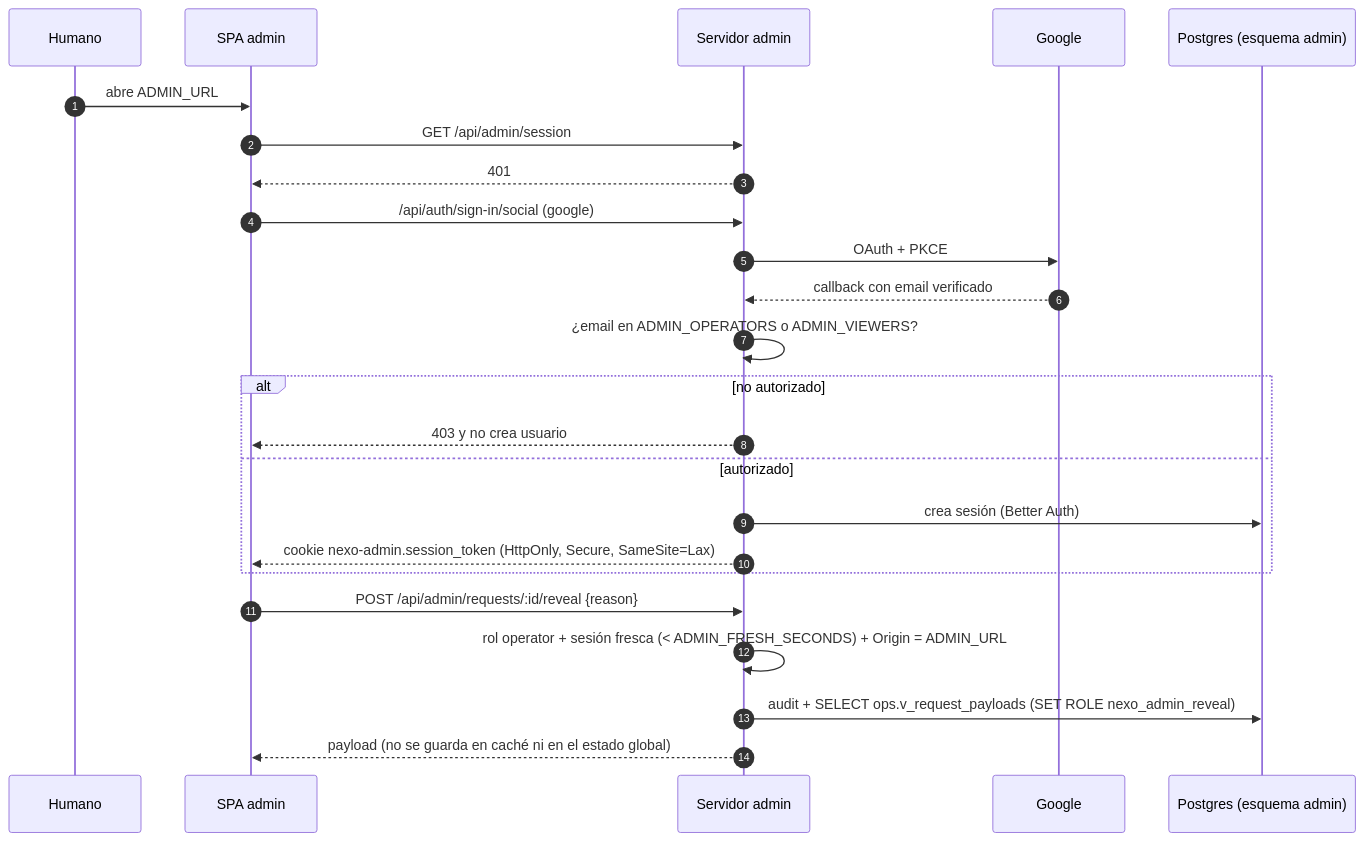
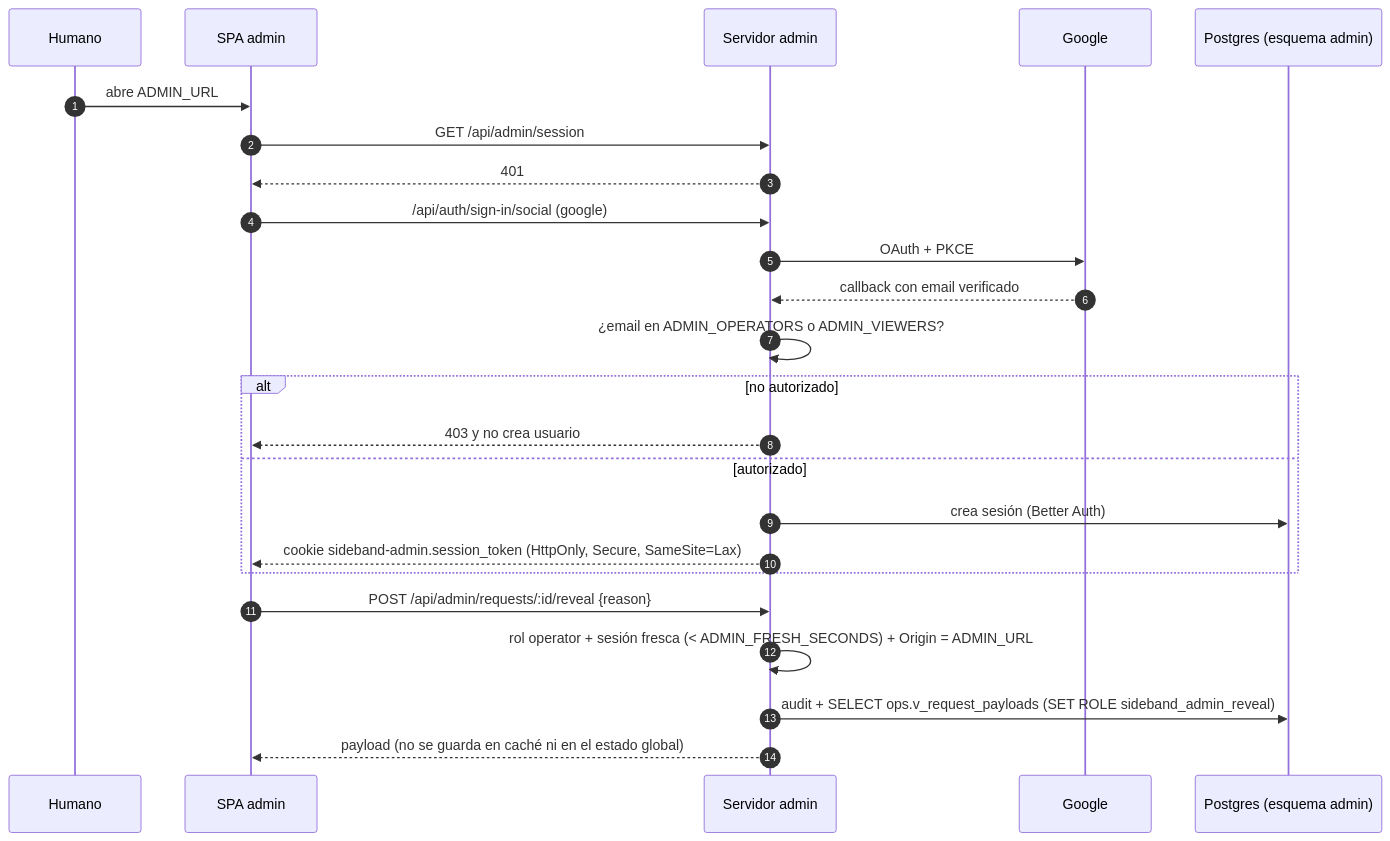
Before and after one commit to platanus-hack/platanus-hack-26-cl-team-31: the second of 3 diagrams in docs/admin.md, drawn with Mermaid. The commit also changed other lines of this file and 186 other files, not shown here.

````diff
--- a/docs/admin.md
+++ b/docs/admin.md
@@ -149,26 +149,26 @@
 ```mermaid
 sequenceDiagram
   autonumber
   participant H as Humano
   participant SPA as SPA admin
   participant S as Servidor admin
   participant G as Google
   participant DB as Postgres (esquema admin)
   H->>SPA: abre ADMIN_URL
   SPA->>S: GET /api/admin/session
   S-->>SPA: 401
   SPA->>S: /api/auth/sign-in/social (google)
   S->>G: OAuth + PKCE
   G-->>S: callback con email verificado
   S->>S: ¿email en ADMIN_OPERATORS o ADMIN_VIEWERS?
   alt no autorizado
     S-->>SPA: 403 y no crea usuario
   else autorizado
     S->>DB: crea sesión (Better Auth)
-    S-->>SPA: cookie nexo-admin.session_token (HttpOnly, Secure, SameSite=Lax)
+    S-->>SPA: cookie sideband-admin.session_token (HttpOnly, Secure, SameSite=Lax)
   end
   SPA->>S: POST /api/admin/requests/:id/reveal {reason}
   S->>S: rol operator + sesión fresca (< ADMIN_FRESH_SECONDS) + Origin = ADMIN_URL
-  S->>DB: audit + SELECT ops.v_request_payloads (SET ROLE nexo_admin_reveal)
+  S->>DB: audit + SELECT ops.v_request_payloads (SET ROLE sideband_admin_reveal)
   S-->>SPA: payload (no se guarda en caché ni en el estado global)
 ```
````
